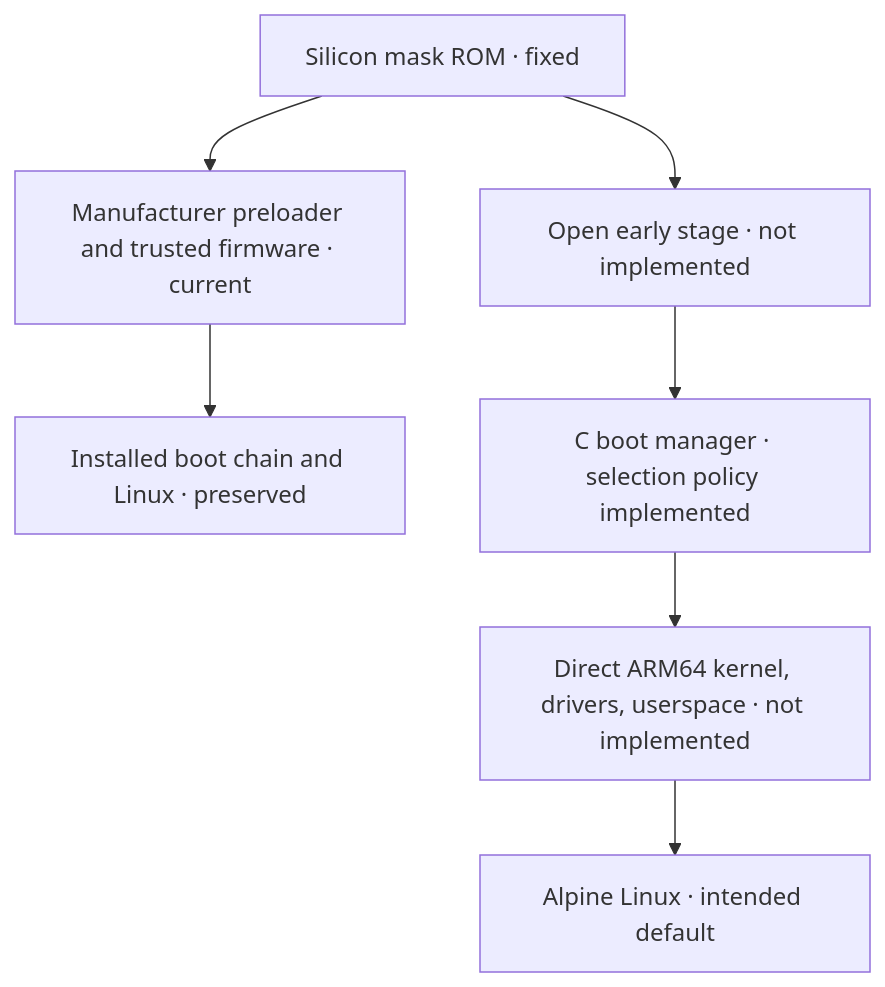
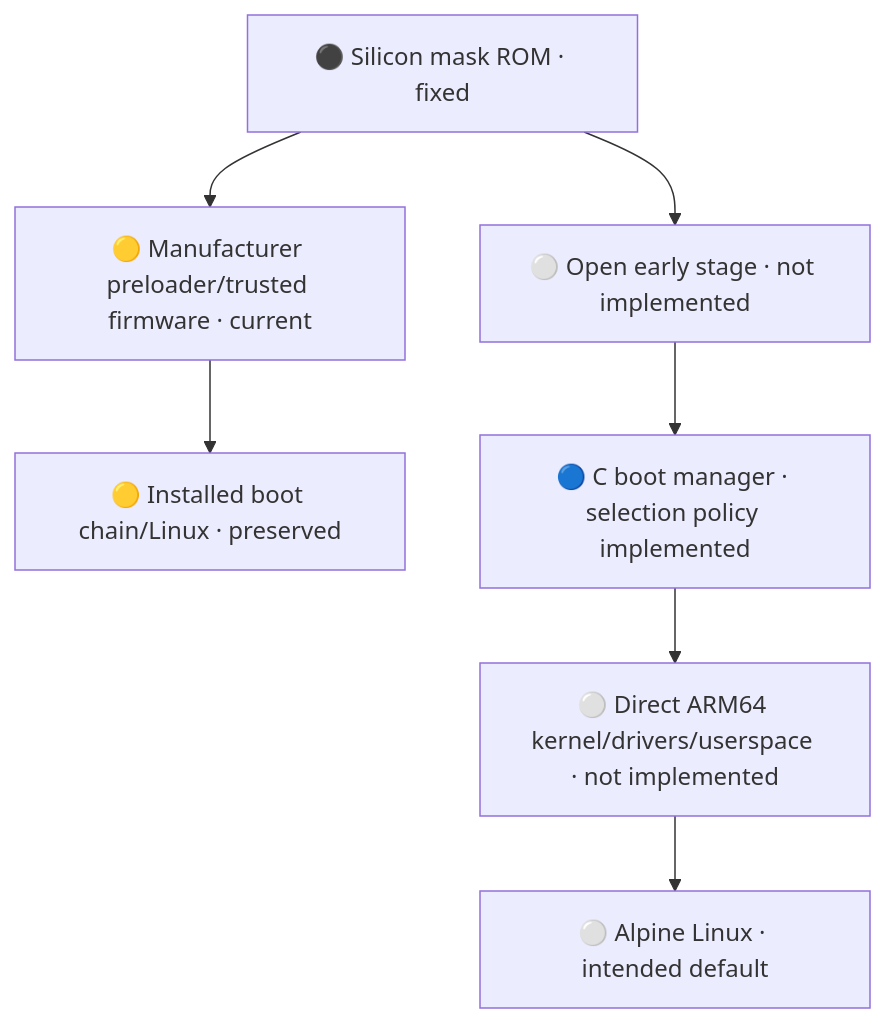
The first of 2 diagrams in README.md (mkalmousli/p80h_d8c1_g), drawn with Mermaid before and after one commit. The commit also changed other lines of this file and 1 other file, not shown here.

````diff
--- a/README.md
+++ b/README.md
@@ -10,9 +10,9 @@
 ```mermaid
 flowchart TD
-  ROM["Silicon mask ROM · fixed"] --> Vendor["Manufacturer preloader and trusted firmware · current"]
-  Vendor --> Stock["Installed boot chain and Linux · preserved"]
-  ROM --> Early["Open early stage · not implemented"]
-  Early --> Menu["C boot manager · selection policy implemented"]
-  Menu --> Native["Direct ARM64 kernel, drivers, userspace · not implemented"]
-  Native --> Alpine["Alpine Linux · intended default"]
+  ROM["⚫ Silicon mask ROM · fixed"] --> Vendor["🟡 Manufacturer preloader/trusted firmware · current"]
+  Vendor --> Stock["🟡 Installed boot chain/Linux · preserved"]
+  ROM --> Early["⚪ Open early stage · not implemented"]
+  Early --> Menu["🔵 C boot manager · selection policy implemented"]
+  Menu --> Native["⚪ Direct ARM64 kernel/drivers/userspace · not implemented"]
+  Native --> Alpine["⚪ Alpine Linux · intended default"]
 ```
````
